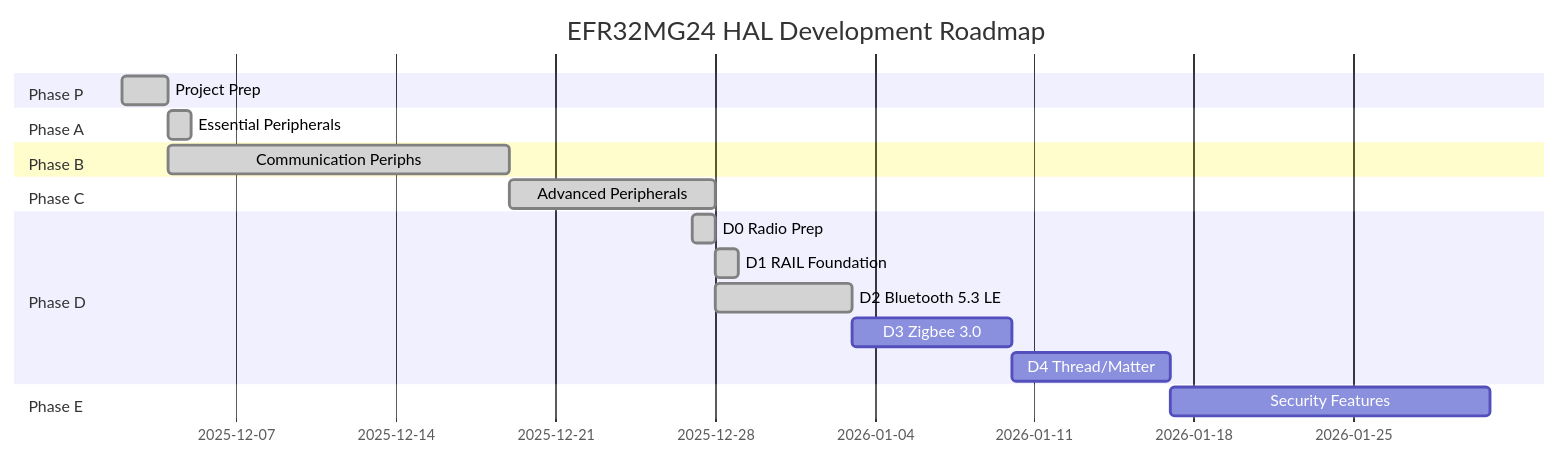
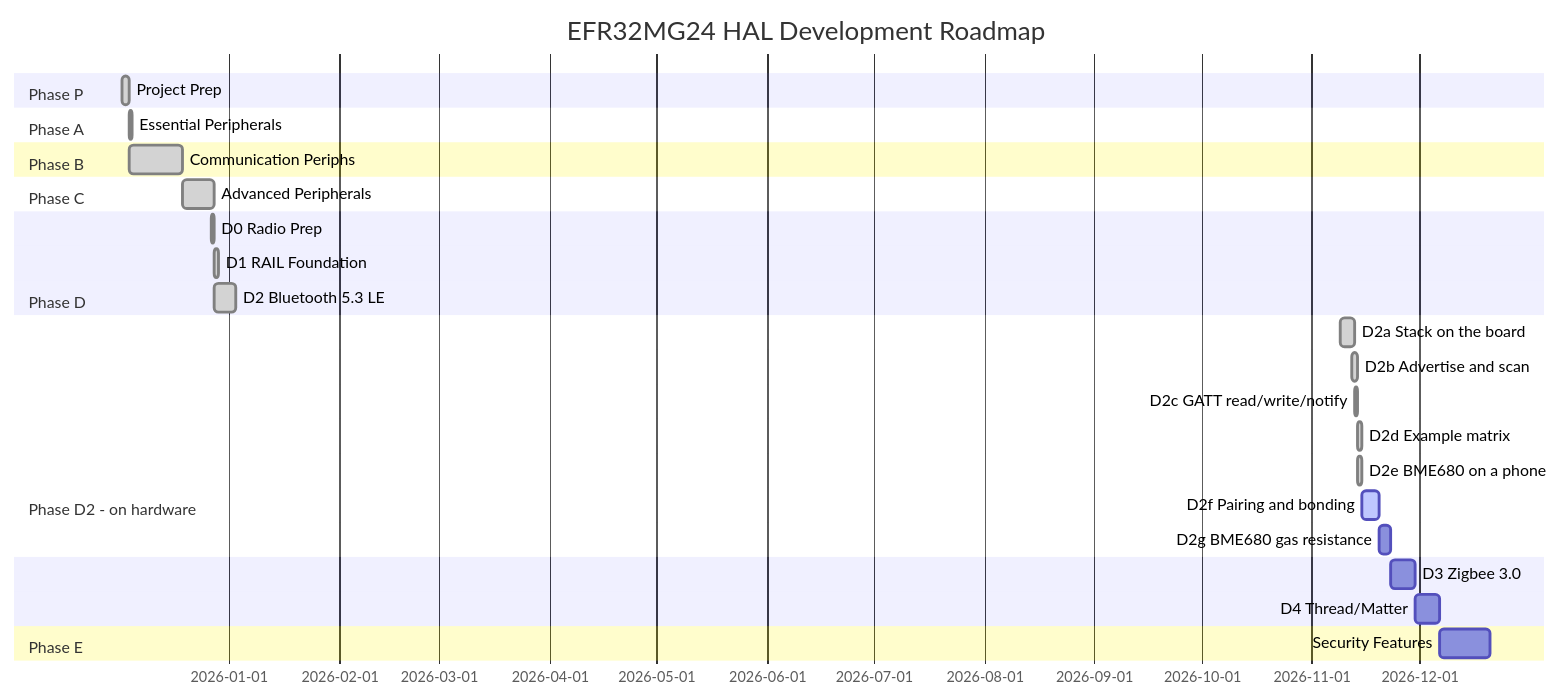
Before and after one commit to bitscrafts/EFR32MG2X-RS: the diagram in README.md, drawn with Mermaid. The commit also changed other lines of this file and 47 other files, not shown here.

First line of the commit message:
docs(roadmap): the Gantt now says what the board does, not what was integrated

````diff
--- a/README.md
+++ b/README.md
@@ -52,21 +57,30 @@
 ```mermaid
 gantt
     title EFR32MG24 HAL Development Roadmap
     dateFormat YYYY-MM-DD
     section Phase P
     Project Prep         :done, p, 2025-12-02, 2d
     section Phase A
     Essential Peripherals :done, a, 2025-12-04, 1d
     section Phase B
     Communication Periphs :done, b, 2025-12-04, 15d
     section Phase C
     Advanced Peripherals  :done, c, 2025-12-19, 9d
     section Phase D
     D0 Radio Prep        :done, d0, 2025-12-27, 1d
     D1 RAIL Foundation   :done, d1, 2025-12-28, 1d
     D2 Bluetooth 5.3 LE  :done, d2, 2025-12-28, 6d
-    D3 Zigbee 3.0        :d3, after d2, 7d
+    section Phase D2 - on hardware
+    D2a Stack on the board  :done, d2a, 2026-11-09, 4d
+    D2b Advertise and scan  :done, d2b, 2026-11-12, 2d
+    D2c GATT read/write/notify :done, d2c, 2026-11-13, 1d
+    D2d Example matrix      :done, d2d, 2026-11-14, 1d
+    D2e BME680 on a phone   :done, d2e, 2026-11-14, 1d
+    D2f Pairing and bonding :active, d2f, 2026-11-15, 5d
+    D2g BME680 gas resistance :d2g, after d2f, 3d
+    section Phase D
+    D3 Zigbee 3.0        :d3, after d2g, 7d
     D4 Thread/Matter     :d4, after d3, 7d
     section Phase E
     Security Features    :e, after d4, 14d
 ```
````
